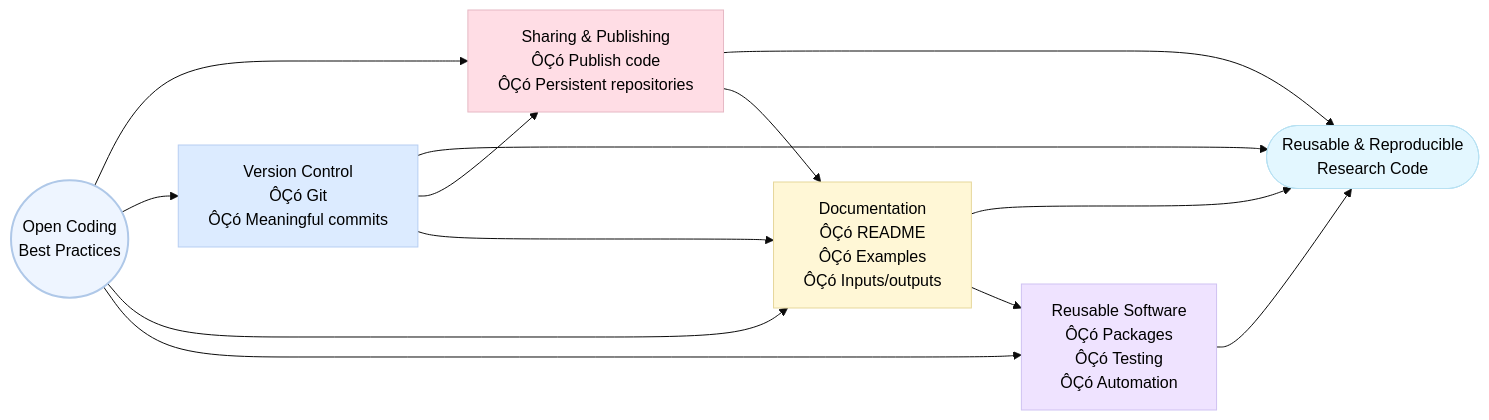
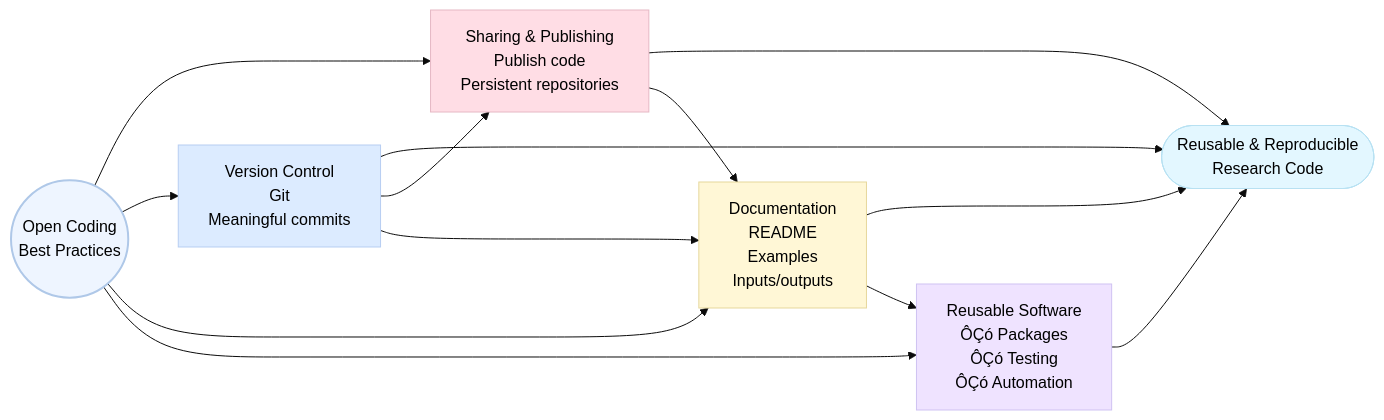
The second of 3 diagrams in 1.4-Open-Science-Workflows-and-Tools-for-Researchers.md (Digital-Future-Institute/CoARA), drawn with Mermaid (base theme) before and after one commit. The commit also changed other lines of this file, not shown here.

````diff
--- a/1.4-Open-Science-Workflows-and-Tools-for-Researchers.md
+++ b/1.4-Open-Science-Workflows-and-Tools-for-Researchers.md
@@ -155,55 +155,55 @@
 ```mermaid
  flowchart LR
 
     A((Open Coding<br/>Best Practices))
 
     B["Sharing & Publishing
-    ÔÇó Publish code
-    ÔÇó Persistent repositories"]
+     Publish code
+     Persistent repositories"]
 
     C["Version Control
-    ÔÇó Git
-    ÔÇó Meaningful commits"]
+     Git
+     Meaningful commits"]
 
     D["Documentation
-    ÔÇó README
-    ÔÇó Examples
-    ÔÇó Inputs/outputs"]
+     README
+     Examples
+     Inputs/outputs"]
 
     E["Reusable Software
     ÔÇó Packages
     ÔÇó Testing
     ÔÇó Automation"]
 
     H([Reusable & Reproducible<br/>Research Code])
 
     A --> B
     A --> C
     A --> D
     A --> E
 
     B --> H
     C --> H
     D --> H
     E --> H
 
     C --> B
     C --> D
     D --> E
     B --> D
 
     %% Styling
     classDef core fill:#EEF5FF,stroke:#AFC8E8,color:#000,stroke-width:2px;
     classDef pink fill:#FFDDE5,stroke:#E6B8C4,color:#000;
     classDef blue fill:#DCEBFF,stroke:#B7CEF2,color:#000;
     classDef yellow fill:#FFF7D6,stroke:#E6D79C,color:#000;
     classDef lavender fill:#EFE3FF,stroke:#CFC2F2,color:#000;
     classDef aqua fill:#E3F7FF,stroke:#B8E1F2,color:#000;
 
     class A core
     class B pink
     class C blue
     class D yellow
     class E lavender
     class H aqua
 ```
````
